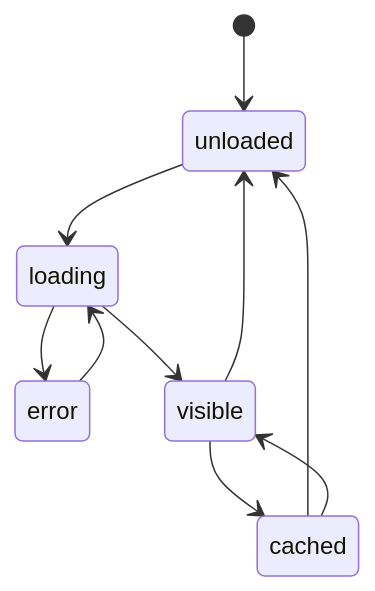
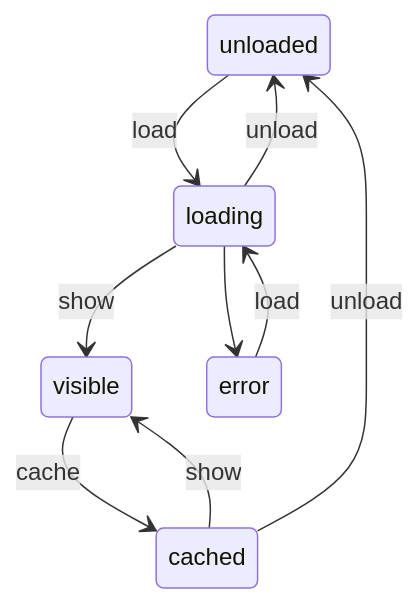
The diagram in README.md (aolagers/pointz), drawn with Mermaid before and after one commit. The commit also changed 2 other files, not shown here.

Commit message:
Update state machine checks and readme

````diff
--- a/README.md
+++ b/README.md
@@ -30,17 +30,16 @@
 ```mermaid
 stateDiagram-v2
-    [*] --> unloaded
+    unloaded --> loading: load
 
-    unloaded --> loading
+    loading --> visible: show
+  	loading --> error
+	  loading --> unloaded: unload
 
-    loading --> error
-    loading --> visible
+    error --> loading: load
 
-    error --> loading
+	  visible --> cached: cache
 
-    visible --> unloaded
-    visible --> cached
+    cached --> visible: show
+    cached --> unloaded: unload
 
-    cached --> unloaded
-    cached --> visible
 ```
````
